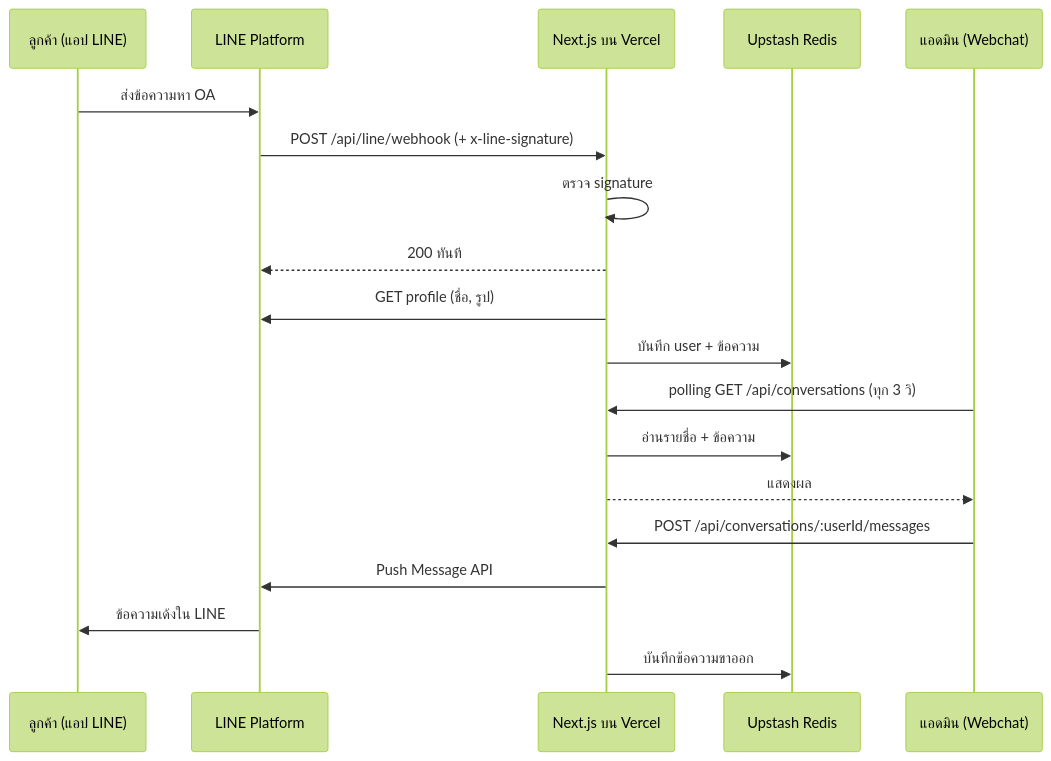
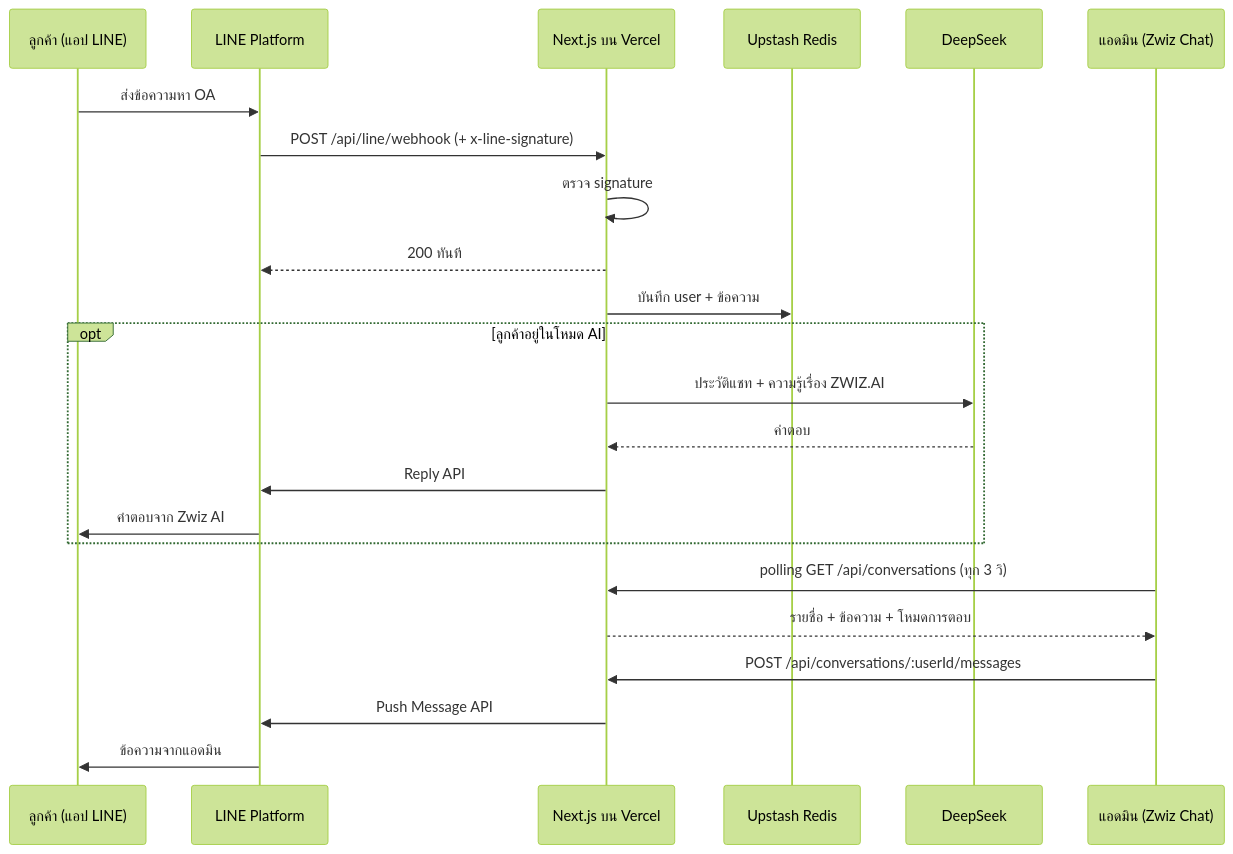
One commit to sunitichuenarom/zwiz.ai-by-fent changed the diagram in README.md. Above: the diagram before and after it, drawn with Mermaid (forest theme). The commit also changed other lines of this file, not shown here.

Commit message:
docs: update readme for zwiz chat and ai handoff

````diff
--- a/README.md
+++ b/README.md
@@ -19,22 +42,26 @@
 ```mermaid
 sequenceDiagram
     participant U as ลูกค้า (แอป LINE)
     participant L as LINE Platform
     participant W as Next.js บน Vercel
     participant R as Upstash Redis
-    participant A as แอดมิน (Webchat)
+    participant D as DeepSeek
+    participant A as แอดมิน (Zwiz Chat)
 
     U->>L: ส่งข้อความหา OA
     L->>W: POST /api/line/webhook (+ x-line-signature)
     W->>W: ตรวจ signature
     W-->>L: 200 ทันที
-    W->>L: GET profile (ชื่อ, รูป)
     W->>R: บันทึก user + ข้อความ
+    opt ลูกค้าอยู่ในโหมด AI
+        W->>D: ประวัติแชท + ความรู้เรื่อง ZWIZ.AI
+        D-->>W: คำตอบ
+        W->>L: Reply API
+        L->>U: คำตอบจาก Zwiz AI
+    end
     A->>W: polling GET /api/conversations (ทุก 3 วิ)
-    W->>R: อ่านรายชื่อ + ข้อความ
-    W-->>A: แสดงผล
+    W-->>A: รายชื่อ + ข้อความ + โหมดการตอบ
     A->>W: POST /api/conversations/:userId/messages
     W->>L: Push Message API
-    L->>U: ข้อความเด้งใน LINE
-    W->>R: บันทึกข้อความขาออก
+    L->>U: ข้อความจากแอดมิน
 ```
````
